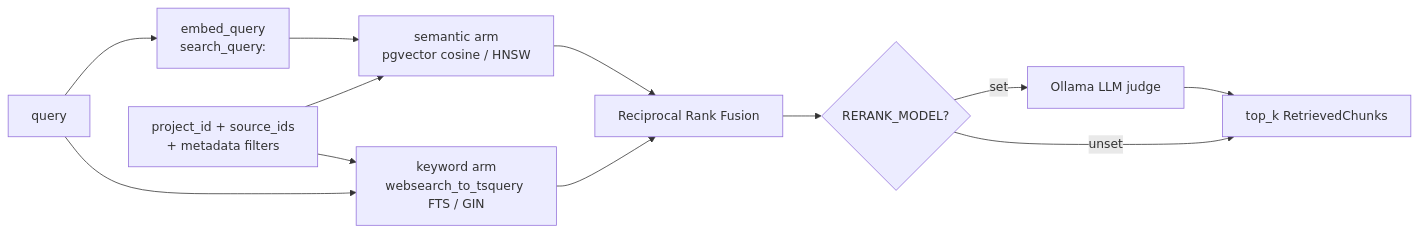
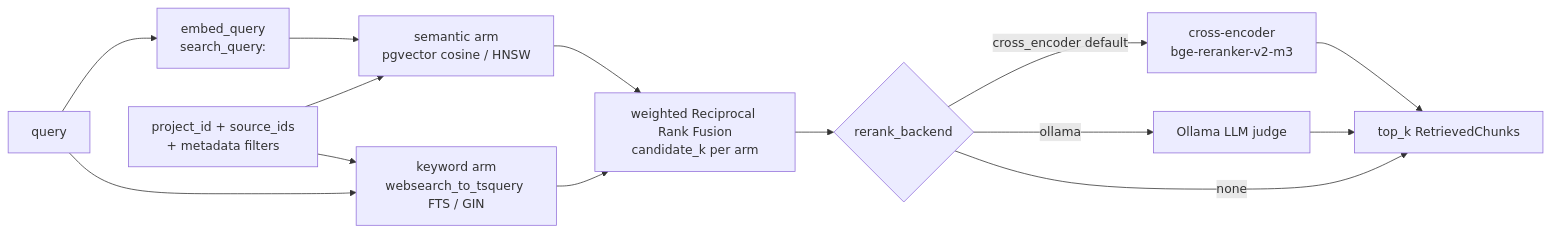
Before and after one commit to BlakeDanielFederal/universal-rag: the sixth of 6 diagrams in docs/architecture.md, drawn with Mermaid. The commit also changed other lines of this file, not shown here.

Commit message:
docs: roadmap M1 done — default-on cross-encoder rerank in build progress + diagram

````diff
--- a/docs/architecture.md
+++ b/docs/architecture.md
@@ -214,14 +216,16 @@
 ```mermaid
 flowchart LR
     Q[query] --> EQ[embed_query<br/>search_query:]
     EQ --> SEM[semantic arm<br/>pgvector cosine / HNSW]
     Q --> KW[keyword arm<br/>websearch_to_tsquery FTS / GIN]
     SCOPE[project_id + source_ids<br/>+ metadata filters] --> SEM
     SCOPE --> KW
-    SEM --> RRF[Reciprocal Rank Fusion]
+    SEM --> RRF[weighted Reciprocal Rank Fusion<br/>candidate_k per arm]
     KW --> RRF
-    RRF --> RR{RERANK_MODEL?}
-    RR -->|set| LLM[Ollama LLM judge]
-    RR -->|unset| TOPK[top_k RetrievedChunks]
+    RRF --> RR{rerank_backend}
+    RR -->|cross_encoder default| CE[cross-encoder<br/>bge-reranker-v2-m3]
+    RR -->|ollama| LLM[Ollama LLM judge]
+    RR -->|none| TOPK[top_k RetrievedChunks]
+    CE --> TOPK
     LLM --> TOPK
 ```
````
